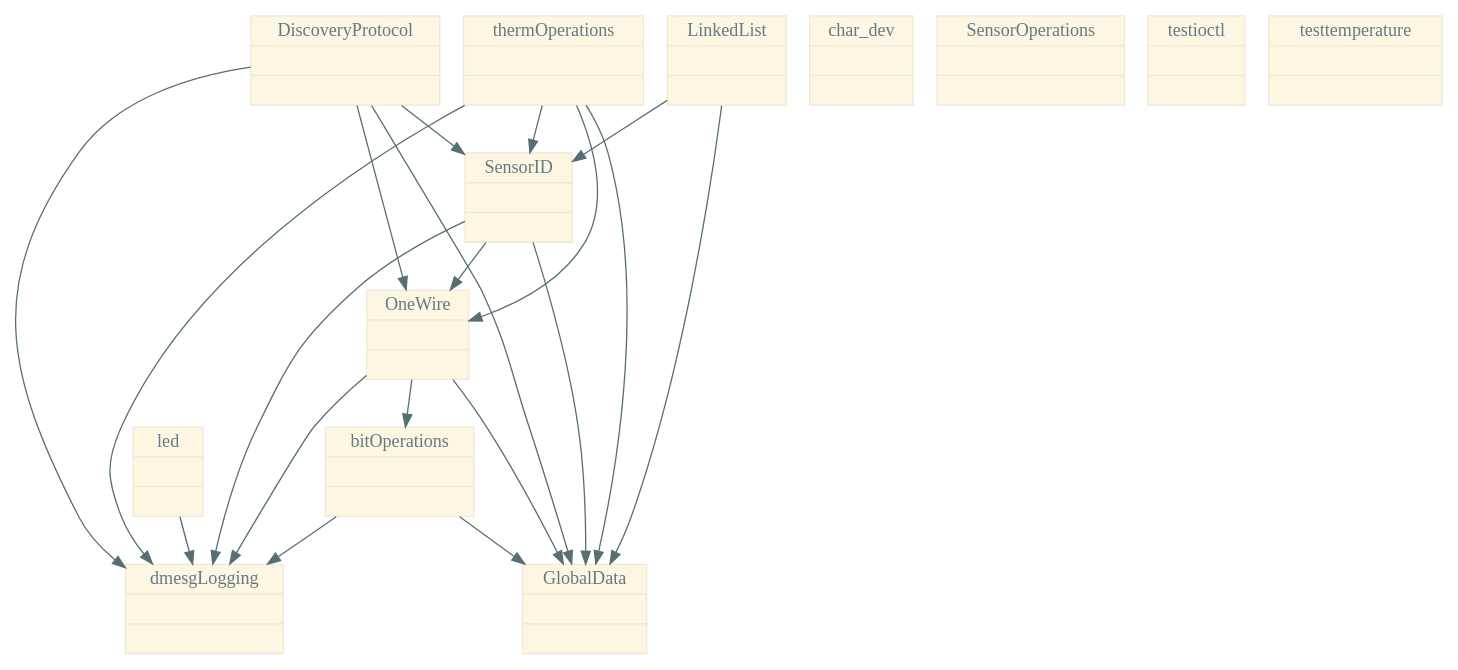
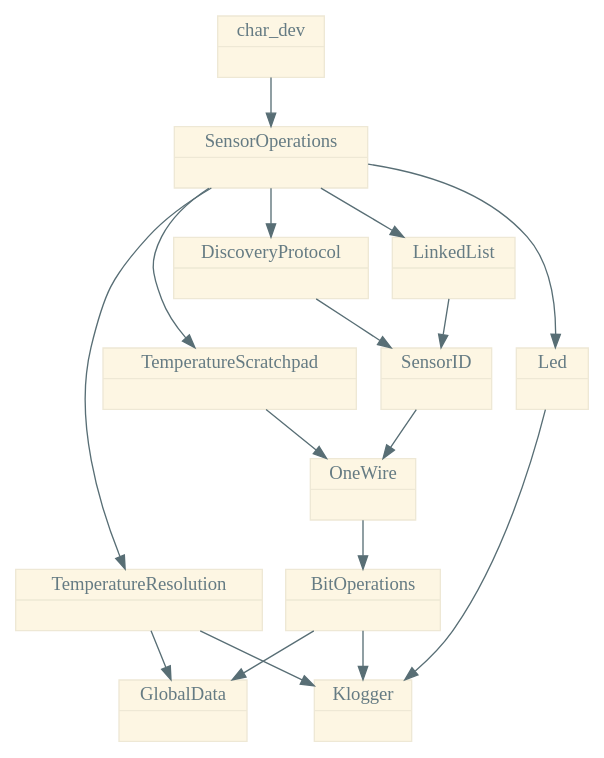
Before and after one commit to Makohoek/onewire-thermometer: the diagram in ClassDiagram/ClassDiagram.dot, drawn with Graphviz. The commit also changed 1 other file, not shown here.

Commit message:
updated class diagram with less dependencies

```diff
--- a/ClassDiagram/ClassDiagram.dot
+++ b/ClassDiagram/ClassDiagram.dot
@@ -1,83 +1,75 @@
 /**
  * Class diagram with solarized light colorscheme
  * Example found on http://fsteeg.com/2006/11/17/uml-class-diagrams-with-graphviz/
  *
  * Colors added by Mattijs Korpershoek
  * <mattijs.korpershoek@gmail.com>
  */
 
 /*
  * Solarized colorscheme:
  * $base03:    #002b36;
  * $base02:    #073642;
  * $base01:    #586e75;
  * $base00:    #657b83;
  * $base0:     #839496;
  * $base1:     #93a1a1;
  * $base2:     #eee8d5;
  * $base3:     #fdf6e3;
  * $yellow:    #b58900;
  * $orange:    #cb4b16;
  * $red:       #dc322f;
  * $magenta:   #d33682;
  * $violet:    #6c71c4;
  * $blue:      #268bd2;
  * $cyan:      #2aa198;
  * $green:     #859900;
  * */
 digraph hierarchy 
 {
   size="15,15"
     node[shape=record,style=filled,fillcolor="#fdf6e3", fontcolor="#657b83", color="#eee8d5"]
     edge[dir=forward, arrowtail=open, color="#586e75"]
 
-2[label = "{bitOperations||}"]
-3[label = "{char_dev||}"]
-4[label = "{DiscoveryProtocol||}"]
-5[label = "{dmesgLogging||}"]
-6[label = "{GlobalData||}"]
-7[label = "{led||}"]
-8[label = "{LinkedList||}"]
-9[label = "{OneWire||}"]
-10[label = "{SensorID||}"]
-11[label = "{SensorOperations||}"]
-12[label = "{testioctl||}"]
-13[label = "{testtemperature||}"]
-14[label = "{thermOperations||}"]
+2[label = "{BitOperations|}"]
+3[label = "{DiscoveryProtocol|}"]
+4[label = "{GlobalData|}"]
+5[label = "{Klogger|}"]
+6[label = "{Led|}"]
+7[label = "{LinkedList|}"]
+8[label = "{OneWire|}"]
+9[label = "{SensorID|}"]
+10[label = "{SensorOperations|}"]
+11[label = "{TemperatureResolution|}"]
+12[label = "{TemperatureScratchpad|}"]
+13[label = "{char_dev|}"]
 
 /* bitoperations */
+2->4
 2->5
-2->6
+/* Discovery */
+3->9
+/* GlobalData */
+/* Klogger */
+/* Led */
+6->5
+/* LinkedList */
+7->9
 /* OneWire */
-9->5
-9->6
-9->2
-/* led */
-7->5
-/* sensorID */
+8->2
+/* SensorID */
+9->8
+/* SensorOperations */
 10->6
-10->9
-10->5
-/* Discovery */
-4->5
-4->6
-4->9
-4->10
-/* LinkedList */
-8->10
-8->6
-/* thermOperations */
-14->9
-14->10
-14->5
-14->6
-
-
+10->3
+10->7
+10->11
+10->12
+/* TempResolution */
+11->5
+11->4
+/* TempScratchpad */
+12->8
 /* char_dev */
-
-   /* 2->4
-    5->5[constraint=false]
-    4->3[constraint=false]
-    2->5[constraint=false]
-    5->6[arrowtail=open]*/
+13->10
 }
```
